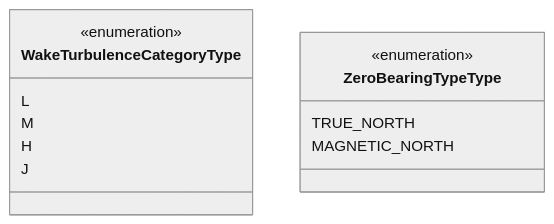
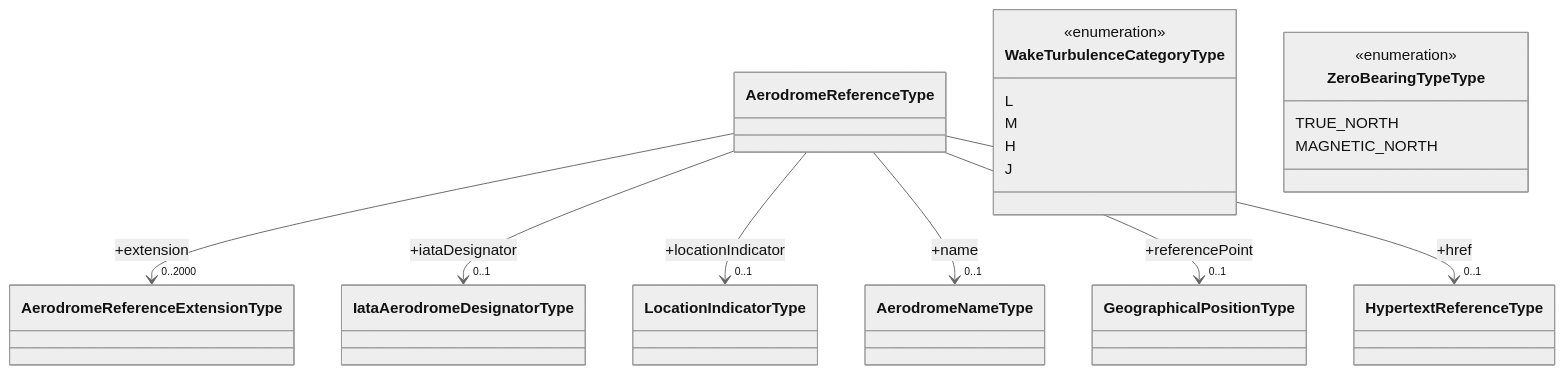
The fourth of 4 diagrams in docs/fixm/FIXM_UML_in_mermaid.md (du-lapin/test_docsify), drawn with Mermaid (neutral theme) before and after one commit. The commit also changed other lines of this file, not shown here.

````diff
--- a/docs/fixm/FIXM_UML_in_mermaid.md
+++ b/docs/fixm/FIXM_UML_in_mermaid.md
@@ -43,15 +43,21 @@
 ```mermaid
 classDiagram
+AerodromeReferenceType --> "0..2000" AerodromeReferenceExtensionType : +extension	
+AerodromeReferenceType --> "0..1" IataAerodromeDesignatorType : +iataDesignator	
+AerodromeReferenceType --> "0..1" LocationIndicatorType : +locationIndicator	
+AerodromeReferenceType --> "0..1" AerodromeNameType : +name	
+AerodromeReferenceType --> "0..1" GeographicalPositionType : +referencePoint	
+AerodromeReferenceType --> "0..1" HypertextReferenceType : +href	
 class WakeTurbulenceCategoryType{
 <<enumeration>>	
 L	
 M	
 H	
 J	
 }
 class ZeroBearingTypeType{
 <<enumeration>>	
 TRUE_NORTH	
 MAGNETIC_NORTH	
 }			
 ```
````
